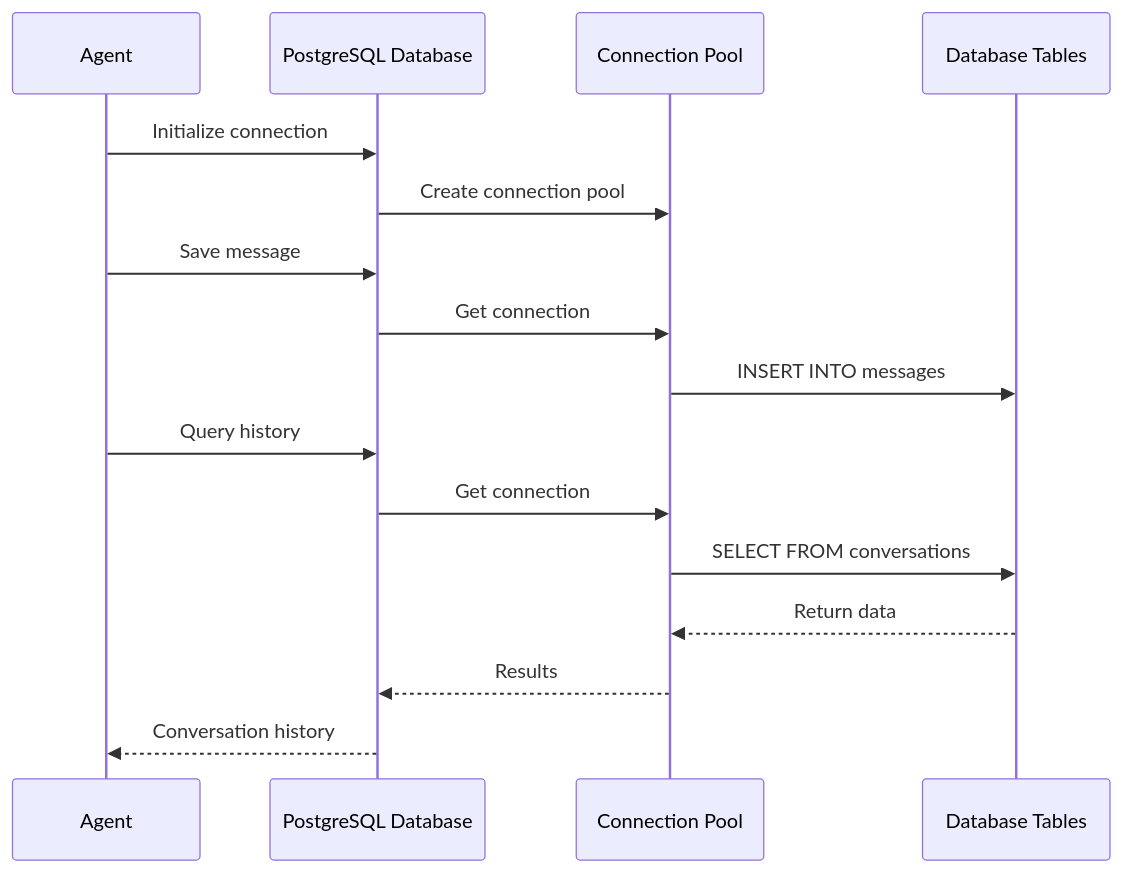
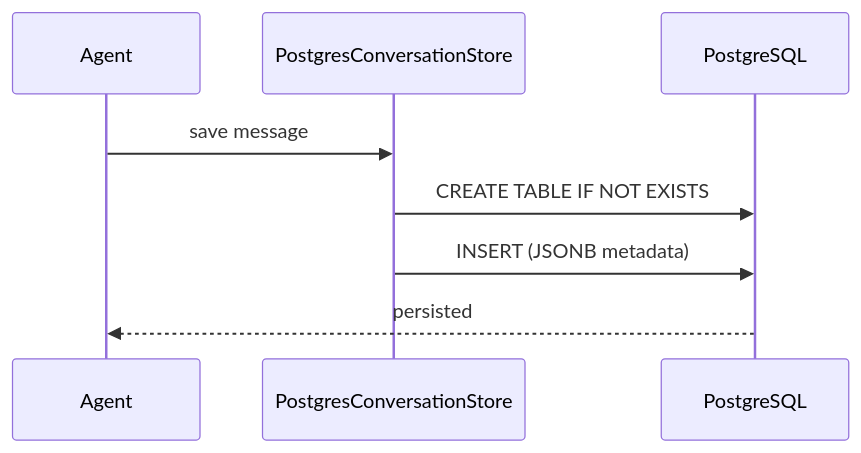
Before and after one commit to MervinPraison/PraisonAIDocs: the second of 2 diagrams in docs/features/persistence-postgres.mdx, drawn with Mermaid. The commit also changed other lines of this file and 4 other files, not shown here.

````diff
--- a/docs/features/persistence-postgres.mdx
+++ b/docs/features/persistence-postgres.mdx
@@ -70,19 +82,11 @@
 ```mermaid
 sequenceDiagram
     participant Agent
-    participant PostgresDB as PostgreSQL Database
-    participant Connection as Connection Pool
-    participant Tables as Database Tables
-    
-    Agent->>PostgresDB: Initialize connection
-    PostgresDB->>Connection: Create connection pool
-    Agent->>PostgresDB: Save message
-    PostgresDB->>Connection: Get connection
-    Connection->>Tables: INSERT INTO messages
-    Agent->>PostgresDB: Query history
-    PostgresDB->>Connection: Get connection
-    Connection->>Tables: SELECT FROM conversations
-    Tables-->>Connection: Return data
-    Connection-->>PostgresDB: Results
-    PostgresDB-->>Agent: Conversation history
+    participant Store as PostgresConversationStore
+    participant PostgreSQL
+
+    Agent->>Store: save message
+    Store->>PostgreSQL: CREATE TABLE IF NOT EXISTS
+    Store->>PostgreSQL: INSERT (JSONB metadata)
+    PostgreSQL-->>Agent: persisted
 ```
````
